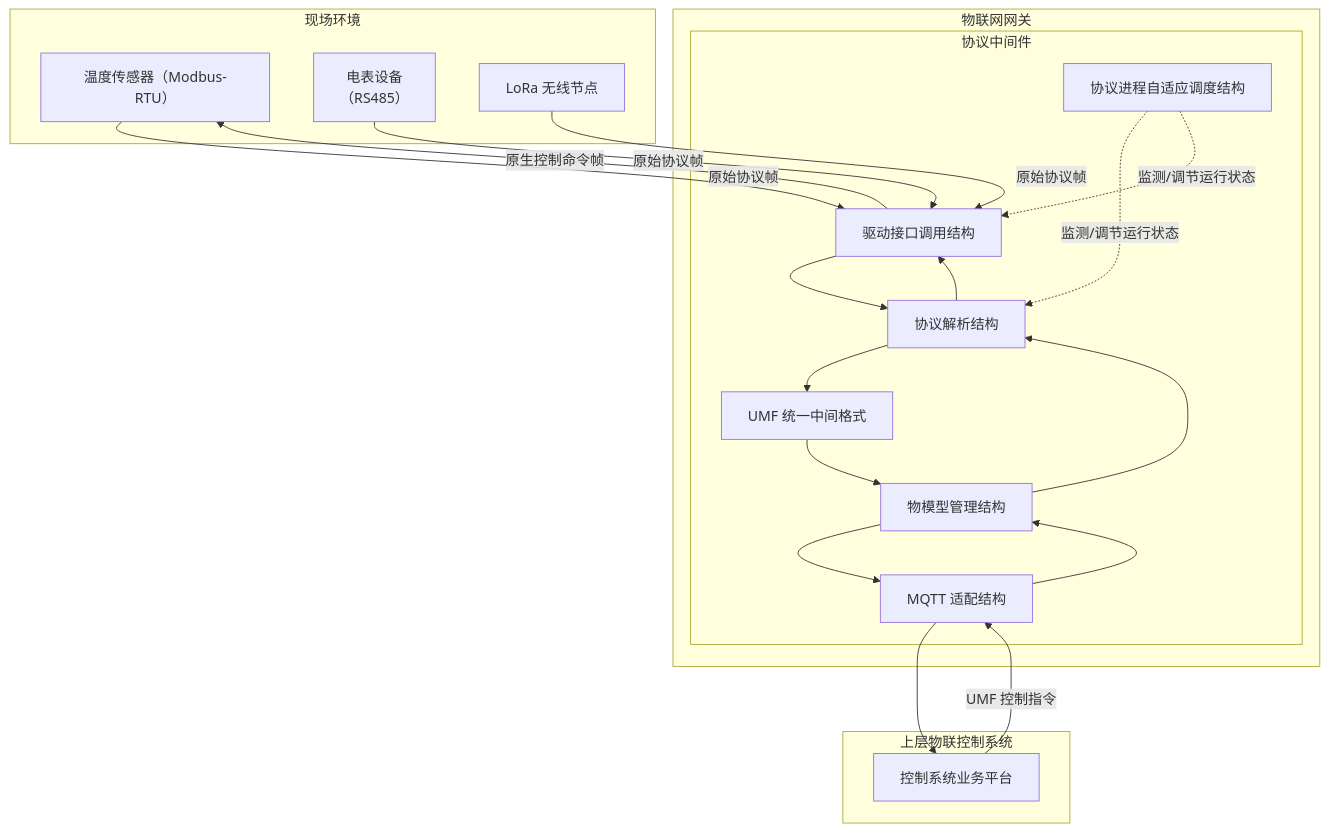
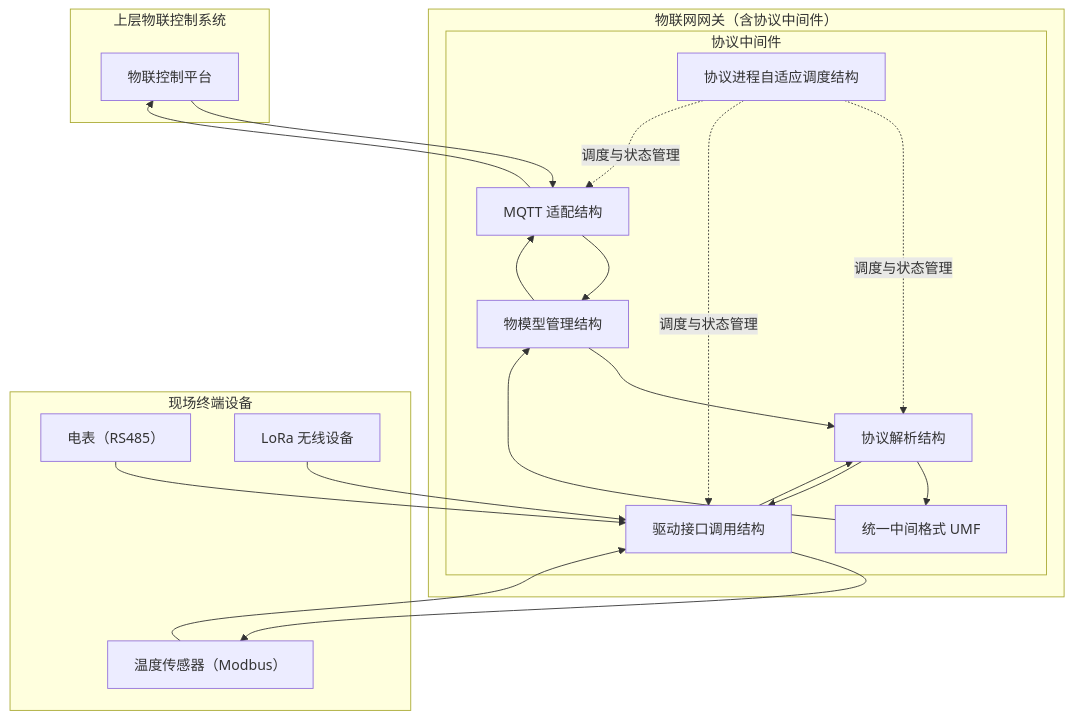
Before and after one commit to wenguo/iodraw-files: the diagram in all/未命名-1.md, drawn with Mermaid.

Commit message:
2025-11-20 08:11:55 update

````diff
--- a/all/未命名-1.md
+++ b/all/未命名-1.md
@@ -1,50 +1,54 @@
 ```mermaid
-graph TD
+flowchart TD
 
-    %% --- 实际部署环境 ---
-    subgraph SITE[现场环境]
-        DEV1[温度传感器（Modbus-RTU）]
-        DEV2[电表设备\n（RS485）]
-        DEV3[LoRa 无线节点]
+%% ====== 上层控制系统 ======
+    subgraph CLOUD[上层物联控制系统]
+        CTRL[物联控制平台]
     end
 
-    %% --- 网关设备 ---
-    subgraph GW[物联网网关]
+%% ====== 物联网网关 ======
+    subgraph GW[物联网网关（含协议中间件）]
+        
         subgraph MID[协议中间件]
-            DIO[驱动接口调用结构]
             PARSE[协议解析结构]
-            UMF[UMF 统一中间格式]
+            UMF[统一中间格式 UMF]
             MODEL[物模型管理结构]
             MQTT[MQTT 适配结构]
+            DIO[驱动接口调用结构]
             PROC[协议进程自适应调度结构]
         end
+
     end
 
-    %% --- 上层平台 ---
-    subgraph CLOUD[上层物联控制系统]
-        CTRL[控制系统业务平台]
+%% ====== 现场设备 ======
+    subgraph SITE[现场终端设备]
+        DEV1[温度传感器（Modbus）]
+        DEV2[电表（RS485）]
+        DEV3[LoRa 无线设备]
     end
 
-    %% --- 数据流 ---
-    DEV1 -->|原始协议帧| DIO
-    DEV2 -->|原始协议帧| DIO
-    DEV3 -->|原始协议帧| DIO
+
+%% ====== 数据流（下→中→上） ======
+    DEV1 --> DIO
+    DEV2 --> DIO
+    DEV3 --> DIO
 
     DIO --> PARSE
     PARSE --> UMF
     UMF --> MODEL
     MODEL --> MQTT
     MQTT --> CTRL
 
-    %% --- 控制指令返回 ---
-    CTRL -->|UMF 控制指令| MQTT
+%% ====== 控制指令（上→中→下） ======
+    CTRL --> MQTT
     MQTT --> MODEL
     MODEL --> PARSE
     PARSE --> DIO
-    DIO -->|原生控制命令帧| DEV1
+    DIO --> DEV1
 
-    %% --- 调度控制 ---
-    PROC -.监测/调节运行状态.-> PARSE
-    PROC -.监测/调节运行状态.-> DIO
+%% ====== 调度机制（虚线） ======
+    PROC -. 调度与状态管理 .-> PARSE
+    PROC -. 调度与状态管理 .-> DIO
+    PROC -. 调度与状态管理 .-> MQTT
 
 ```
````
